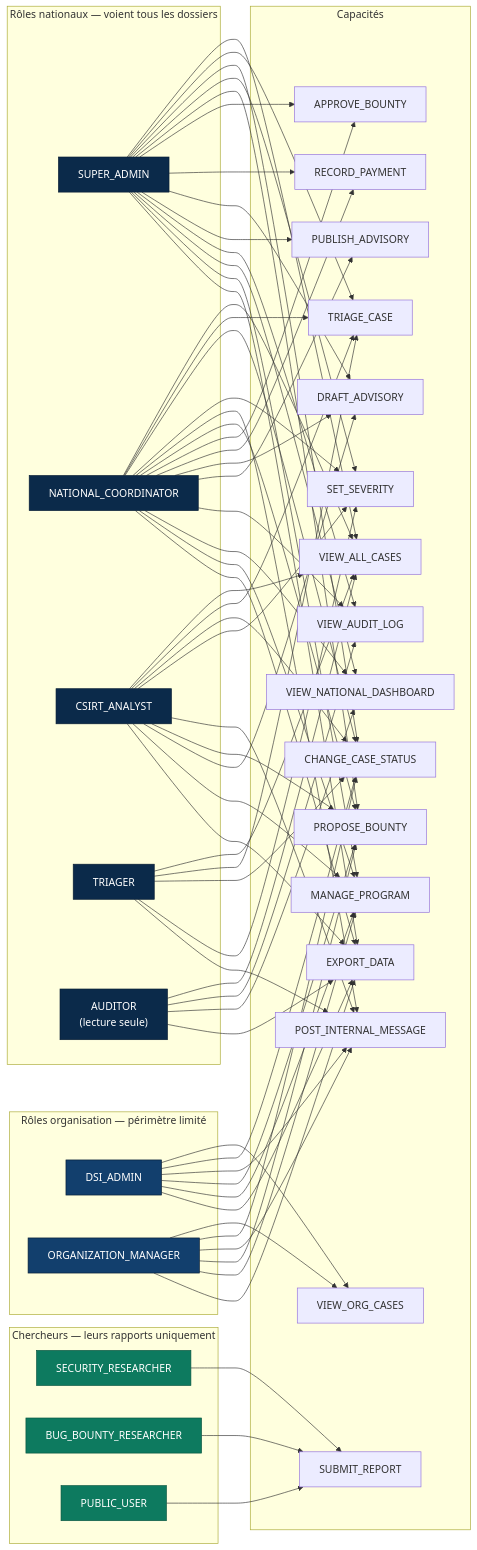
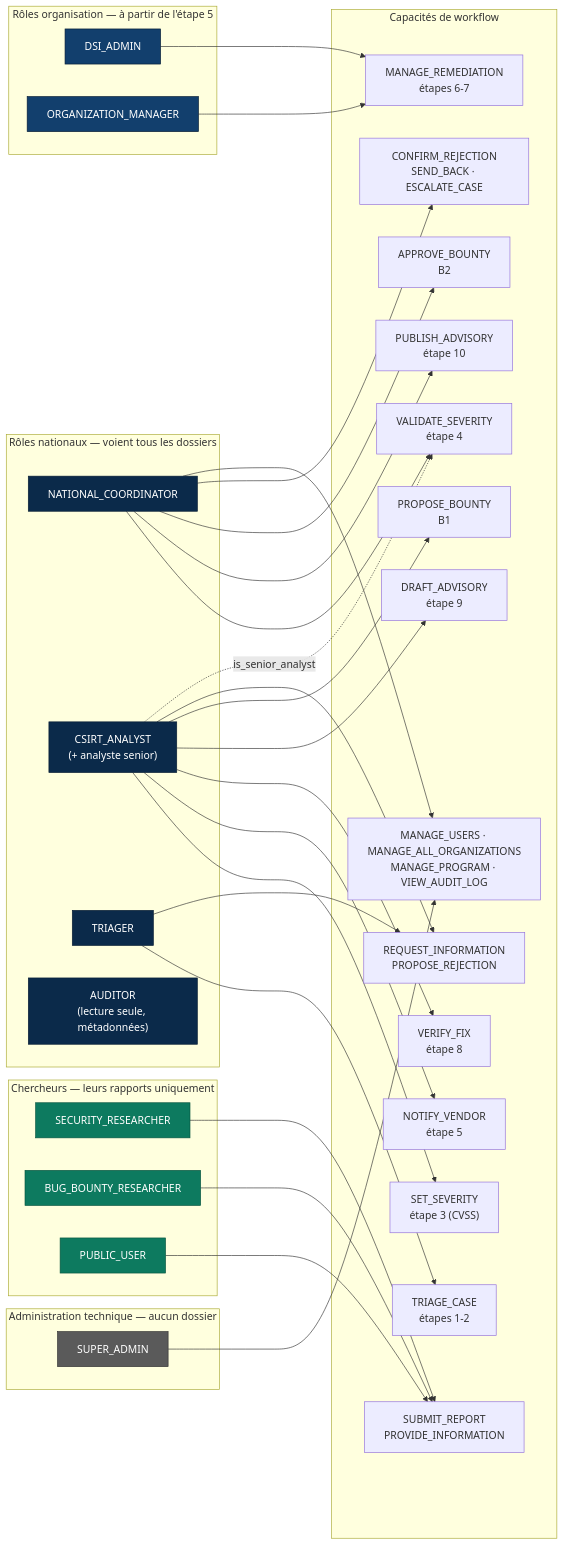
One commit to Faso-Shield/eVDP changed the first of 2 diagrams in docs/diagrams/rbac.md. Above: the diagram before and after it, drawn with Mermaid. The commit also changed other lines of this file and 72 other files, not shown here.

````diff
--- a/docs/diagrams/rbac.md
+++ b/docs/diagrams/rbac.md
@@ -3,58 +6,61 @@
 ```mermaid
 graph LR
     subgraph national["Rôles nationaux — voient tous les dossiers"]
-        SA["SUPER_ADMIN"]
         NC["NATIONAL_COORDINATOR"]
-        CA["CSIRT_ANALYST"]
+        CA["CSIRT_ANALYST<br/>(+ analyste senior)"]
         TR["TRIAGER"]
-        AU["AUDITOR<br/>(lecture seule)"]
+        AU["AUDITOR<br/>(lecture seule, métadonnées)"]
     end
 
-    subgraph orga["Rôles organisation — périmètre limité"]
+    subgraph admin["Administration technique — aucun dossier"]
+        SA["SUPER_ADMIN"]
+    end
+
+    subgraph orga["Rôles organisation — à partir de l'étape 5"]
         DSI["DSI_ADMIN"]
         OM["ORGANIZATION_MANAGER"]
     end
 
     subgraph chercheurs["Chercheurs — leurs rapports uniquement"]
         SR["SECURITY_RESEARCHER"]
         BR["BUG_BOUNTY_RESEARCHER"]
         PU["PUBLIC_USER"]
     end
 
-    subgraph caps["Capacités"]
-        C1["VIEW_ALL_CASES"]
-        C2["VIEW_ORG_CASES"]
-        C3["TRIAGE_CASE"]
-        C4["CHANGE_CASE_STATUS"]
-        C5["SET_SEVERITY"]
-        C6["POST_INTERNAL_MESSAGE"]
-        C7["PROPOSE_BOUNTY"]
-        C8["APPROVE_BOUNTY"]
-        C9["RECORD_PAYMENT"]
-        C10["DRAFT_ADVISORY"]
-        C11["PUBLISH_ADVISORY"]
-        C12["VIEW_AUDIT_LOG"]
-        C13["VIEW_NATIONAL_DASHBOARD"]
-        C14["SUBMIT_REPORT"]
-        C15["MANAGE_PROGRAM"]
-        C16["EXPORT_DATA"]
+    subgraph caps["Capacités de workflow"]
+        W1["TRIAGE_CASE<br/>étapes 1-2"]
+        W2["SET_SEVERITY<br/>étape 3 (CVSS)"]
+        W3["VALIDATE_SEVERITY<br/>étape 4"]
+        W4["NOTIFY_VENDOR<br/>étape 5"]
+        W5["MANAGE_REMEDIATION<br/>étapes 6-7"]
+        W6["VERIFY_FIX<br/>étape 8"]
+        W7["DRAFT_ADVISORY<br/>étape 9"]
+        W8["PUBLISH_ADVISORY<br/>étape 10"]
+        W9["PROPOSE_BOUNTY<br/>B1"]
+        W10["APPROVE_BOUNTY<br/>B2"]
+        X1["REQUEST_INFORMATION<br/>PROPOSE_REJECTION"]
+        X2["CONFIRM_REJECTION<br/>SEND_BACK · ESCALATE_CASE"]
+        X3["SUBMIT_REPORT<br/>PROVIDE_INFORMATION"]
+        A1["MANAGE_USERS · MANAGE_ALL_ORGANIZATIONS<br/>MANAGE_PROGRAM · VIEW_AUDIT_LOG"]
     end
 
-    SA --> C1 & C3 & C4 & C5 & C7 & C8 & C9 & C10 & C11 & C12 & C13 & C15 & C16
-    NC --> C1 & C3 & C4 & C5 & C6 & C7 & C8 & C9 & C10 & C11 & C12 & C13 & C15 & C16
-    CA --> C1 & C3 & C4 & C5 & C6 & C7 & C10 & C15 & C16
-    TR --> C1 & C3 & C4 & C5 & C6
-    AU --> C1 & C12 & C13 & C16
-    DSI --> C2 & C4 & C6 & C7 & C15 & C16
-    OM --> C2 & C4 & C6 & C7 & C15 & C16
-    SR --> C14
-    BR --> C14
-    PU --> C14
+    TR --> W1 & X1
+    CA --> W2 & W4 & W6 & W7 & W9 & X1
+    CA -. "is_senior_analyst" .-> W3
+    NC --> W3 & W8 & W10 & X2 & A1
+    DSI --> W5
+    OM --> W5
+    SR --> X3
+    BR --> X3
+    PU --> X3
+    SA --> A1
 
     classDef nat fill:#0b2a4a,stroke:#071c33,color:#fff
     classDef org fill:#123f6d,stroke:#071c33,color:#fff
     classDef res fill:#0d7a5f,stroke:#08553f,color:#fff
-    class SA,NC,CA,TR,AU nat
+    classDef adm fill:#5a5a5a,stroke:#333,color:#fff
+    class NC,CA,TR,AU nat
     class DSI,OM org
     class SR,BR,PU res
+    class SA adm
 ```
````
